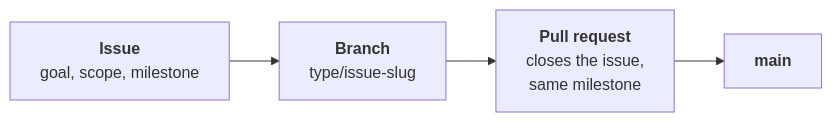
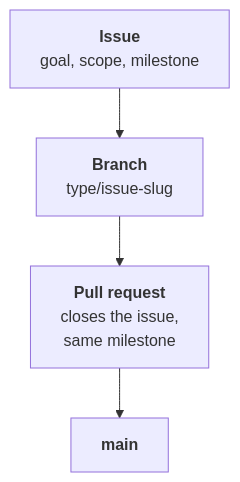
Before and after one commit to NahuelGenchi/padlight: the second of 2 diagrams in README.md, drawn with Mermaid.

Commit message:
docs: stack the Contributing diagram top to bottom (#10)
GitHub draws its zoom and pan buttons over the bottom-right corner of
every mermaid diagram, where the left-to-right chain put its last box.

````diff
--- a/README.md
+++ b/README.md
@@ -254,4 +254,4 @@
 ```mermaid
-flowchart LR
+flowchart TB
     issue["<b>Issue</b><br/>goal, scope, milestone"] --> branch["<b>Branch</b><br/>type/issue-slug"] --> pr["<b>Pull request</b><br/>closes the issue,<br/>same milestone"] --> main["<b>main</b>"]
 ```
````
